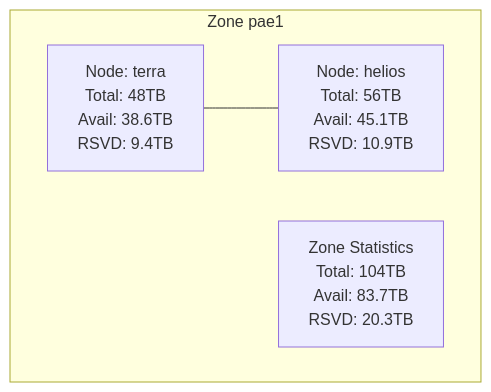
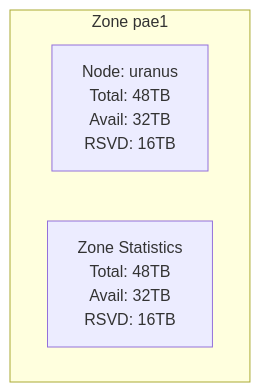
One commit to dastron/storage-cluster changed the second of 6 diagrams in README.md. Above: the diagram before and after it, drawn with Mermaid. The commit also changed other lines of this file, not shown here.

````diff
--- a/README.md
+++ b/README.md
@@ -135,12 +110,9 @@
 ```mermaid
 graph TD
     subgraph "Zone pae1"
         direction LR
-        Terra["Node: terra<br>Total: 48TB<br>Avail: 38.6TB<br>RSVD: 9.4TB"]
-        Helios["Node: helios<br>Total: 56TB<br>Avail: 45.1TB<br>RSVD: 10.9TB"]
+        Uranus["Node: uranus<br>Total: 48TB<br>Avail: 32TB<br>RSVD: 16TB"]
         
-        ZoneStats["Zone Statistics<br>Total: 104TB<br>Avail: 83.7TB<br>RSVD: 20.3TB"]
+        ZoneStats["Zone Statistics<br>Total: 48TB<br>Avail: 32TB<br>RSVD: 16TB"]
     end
-    
-    Terra --- Helios
 ```
````
